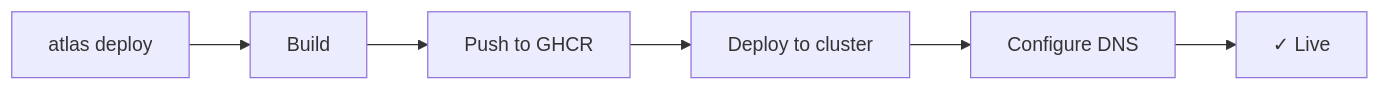
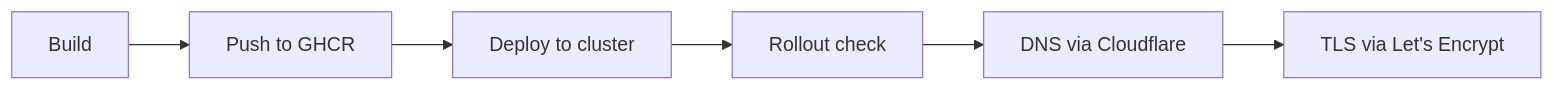
One commit to codeatlasdev/atlas changed the second of 2 diagrams in apps/docs/content/docs/architecture/index.mdx. Above: the diagram before and after it, drawn with Mermaid. The commit also changed other lines of this file and 32 other files, not shown here.

````diff
--- a/apps/docs/content/docs/architecture/index.mdx
+++ b/apps/docs/content/docs/architecture/index.mdx
@@ -51,8 +61,8 @@
 ```mermaid
 graph LR
-    A[atlas deploy] --> B[Build]
-    B --> C[Push to GHCR]
-    C --> D[Deploy to cluster]
-    D --> E[Configure DNS]
-    E --> F[✓ Live]
+    A[Build] --> B[Push to GHCR]
+    B --> C[Deploy to cluster]
+    C --> D[Rollout check]
+    D --> E[DNS via Cloudflare]
+    E --> F[TLS via Let's Encrypt]
 ```
````
